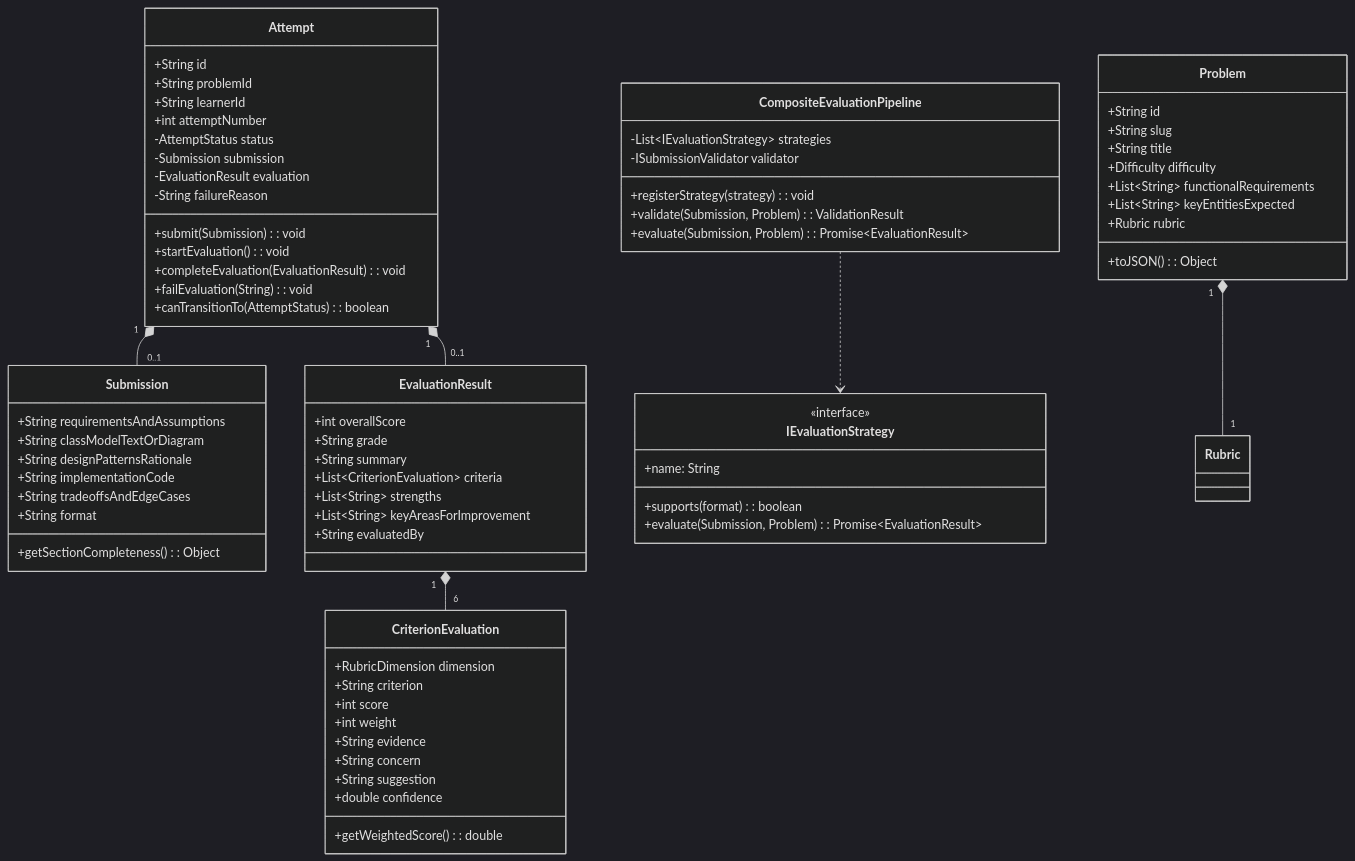
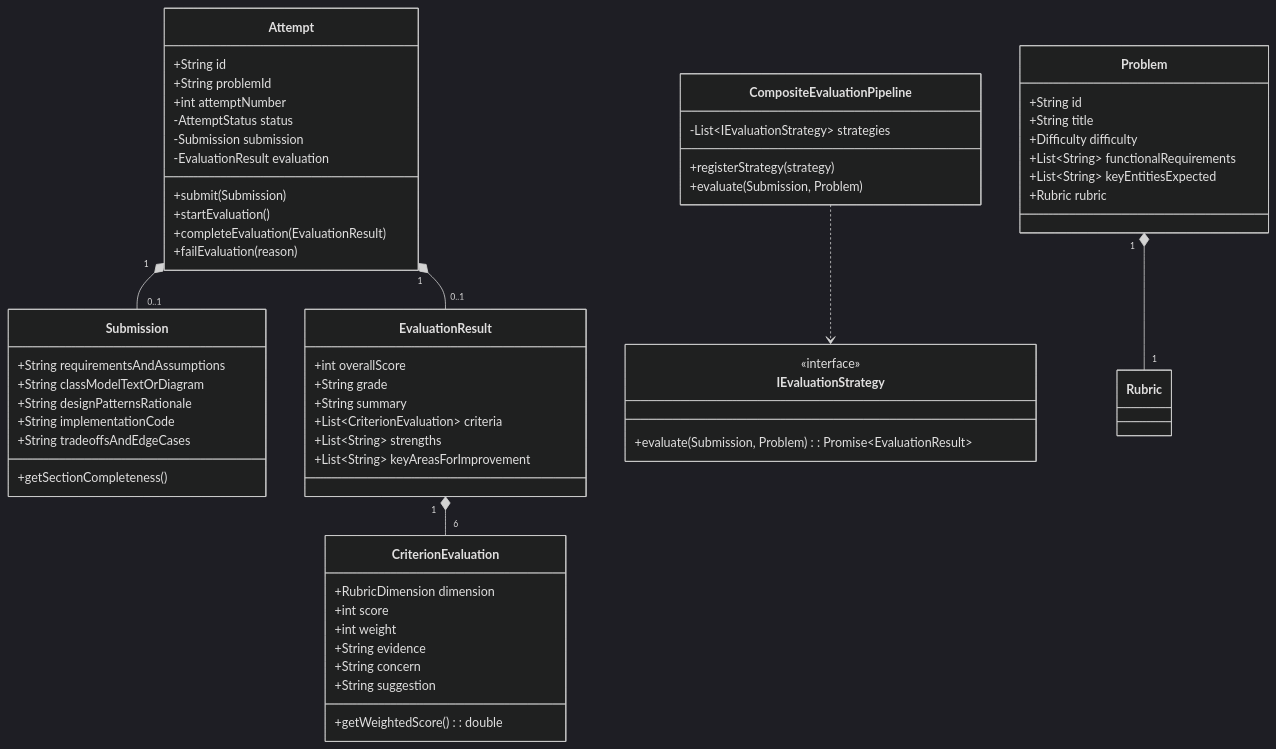
Before and after one commit to priyanshu886291kumar/CipherSchools-Hiring-Assignment-SEP-2026: the diagram in docs/Design_Note.md, drawn with Mermaid (dark theme). The commit also changed other lines of this file and 5 other files, not shown here.

````diff
--- a/docs/Design_Note.md
+++ b/docs/Design_Note.md
@@ -30,82 +30,69 @@
 ```mermaid
 classDiagram
     class Problem {
         +String id
-        +String slug
         +String title
         +Difficulty difficulty
         +List~String~ functionalRequirements
         +List~String~ keyEntitiesExpected
         +Rubric rubric
-        +toJSON(): Object
     }
 
     class Attempt {
         +String id
         +String problemId
-        +String learnerId
         +int attemptNumber
         -AttemptStatus status
         -Submission submission
         -EvaluationResult evaluation
-        -String failureReason
-        +submit(Submission): void
-        +startEvaluation(): void
-        +completeEvaluation(EvaluationResult): void
-        +failEvaluation(String): void
-        +canTransitionTo(AttemptStatus): boolean
+        +submit(Submission)
+        +startEvaluation()
+        +completeEvaluation(EvaluationResult)
+        +failEvaluation(reason)
     }
 
     class Submission {
         +String requirementsAndAssumptions
         +String classModelTextOrDiagram
         +String designPatternsRationale
         +String implementationCode
         +String tradeoffsAndEdgeCases
-        +String format
-        +getSectionCompleteness(): Object
+        +getSectionCompleteness()
     }
 
     class EvaluationResult {
         +int overallScore
         +String grade
         +String summary
         +List~CriterionEvaluation~ criteria
         +List~String~ strengths
         +List~String~ keyAreasForImprovement
-        +String evaluatedBy
     }
 
     class CriterionEvaluation {
         +RubricDimension dimension
-        +String criterion
         +int score
         +int weight
         +String evidence
         +String concern
         +String suggestion
-        +double confidence
         +getWeightedScore(): double
     }
 
     class IEvaluationStrategy {
         <<interface>>
-        +name: String
-        +supports(format): boolean
         +evaluate(Submission, Problem): Promise~EvaluationResult~
     }
 
     class CompositeEvaluationPipeline {
         -List~IEvaluationStrategy~ strategies
-        -ISubmissionValidator validator
-        +registerStrategy(strategy): void
-        +validate(Submission, Problem): ValidationResult
-        +evaluate(Submission, Problem): Promise~EvaluationResult~
+        +registerStrategy(strategy)
+        +evaluate(Submission, Problem)
     }
 
     Problem "1" *-- "1" Rubric
     Attempt "1" *-- "0..1" Submission
     Attempt "1" *-- "0..1" EvaluationResult
     EvaluationResult "1" *-- "6" CriterionEvaluation
     CompositeEvaluationPipeline ..> IEvaluationStrategy
 ```
````
